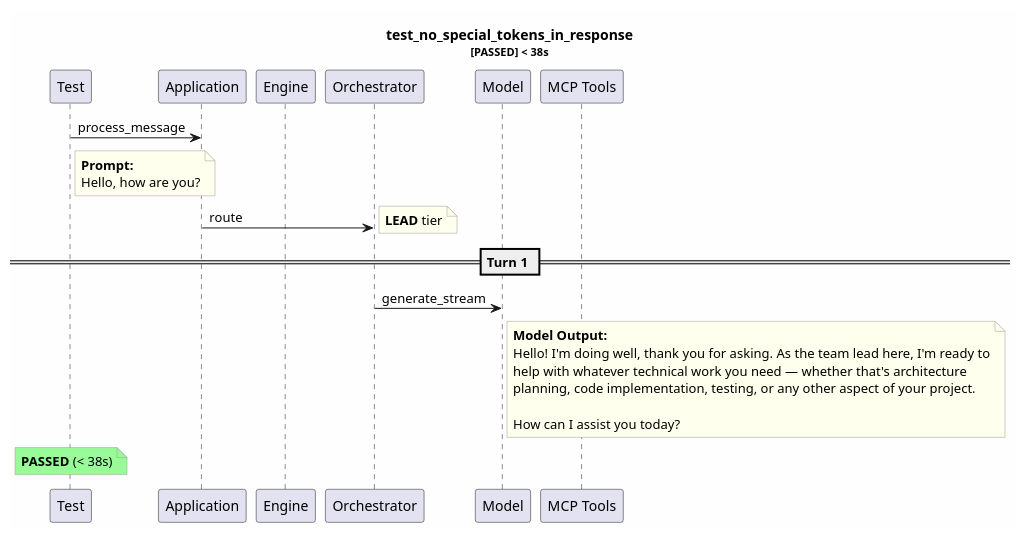
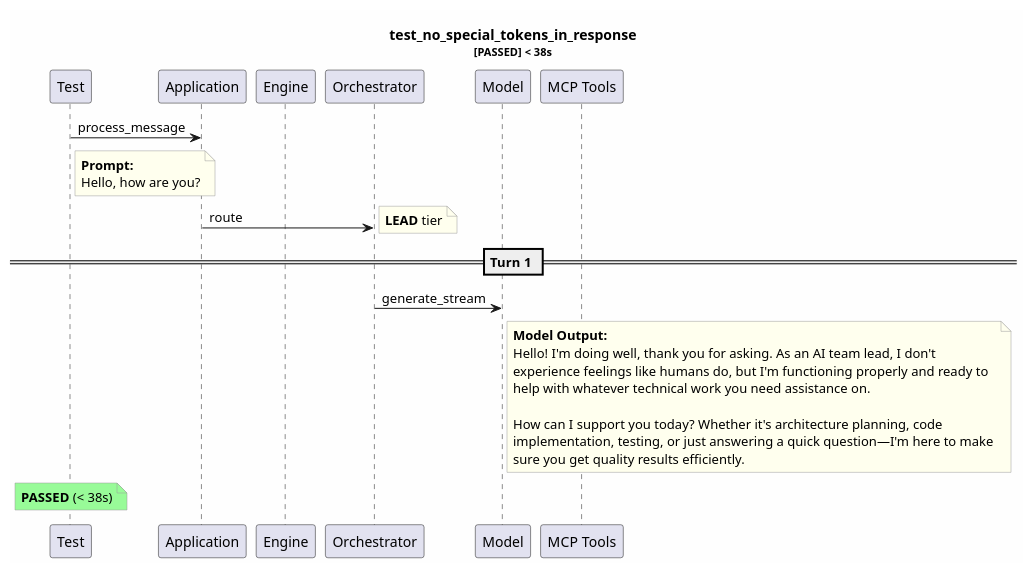
Before and after one commit to tvanfossen/entropic: the diagram in test-reports/logs/test_no_special_tokens_in_response/test_no_special_tokens_in_response.puml, drawn with PlantUML. The commit also changed 14 other files, not shown here.

```diff
--- a/test-reports/logs/test_no_special_tokens_in_response/test_no_special_tokens_in_response.puml
+++ b/test-reports/logs/test_no_special_tokens_in_response/test_no_special_tokens_in_response.puml
@@ -1,35 +1,37 @@
 @startuml
 skinparam backgroundColor #FEFEFE
 skinparam noteBorderColor #999999
 skinparam noteBackgroundColor #FFFFEE
 title test_no_special_tokens_in_response\n<size:11>[PASSED] < 38s</size>
 
 participant "Test" as T
 participant "Application" as App
 participant "Engine" as Eng
 participant "Orchestrator" as Orch
 participant "Model" as Mdl
 participant "MCP Tools" as MCP
 
 T -> App: process_message
 note right of T
   **Prompt:**
   Hello, how are you?
 end note
 App -> Orch: route
 note right: **LEAD** tier
 == Turn 1 ==
 Orch -> Mdl: generate_stream
 note right of Mdl
   **Model Output:**
-  Hello! I'm doing well, thank you for asking. As the team lead here, I'm ready to
-  help with whatever technical work you need — whether that's architecture 
-  planning, code implementation, testing, or any other aspect of your project.
+  Hello! I'm doing well, thank you for asking. As an AI team lead, I don't 
+  experience feelings like humans do, but I'm functioning properly and ready to 
+  help with whatever technical work you need assistance on.
   
-  How can I assist you today?
+  How can I support you today? Whether it's architecture planning, code 
+  implementation, testing, or just answering a quick question—I'm here to make 
+  sure you get quality results efficiently.
 end note
 note over T #palegreen
   **PASSED** (< 38s)
 end note
 
 @enduml
```
